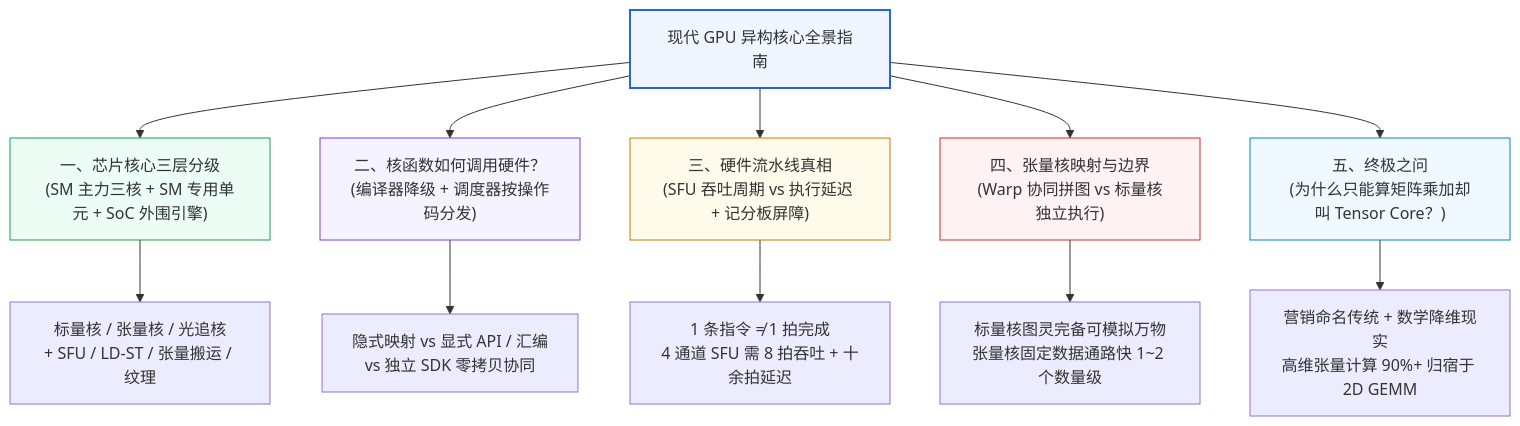
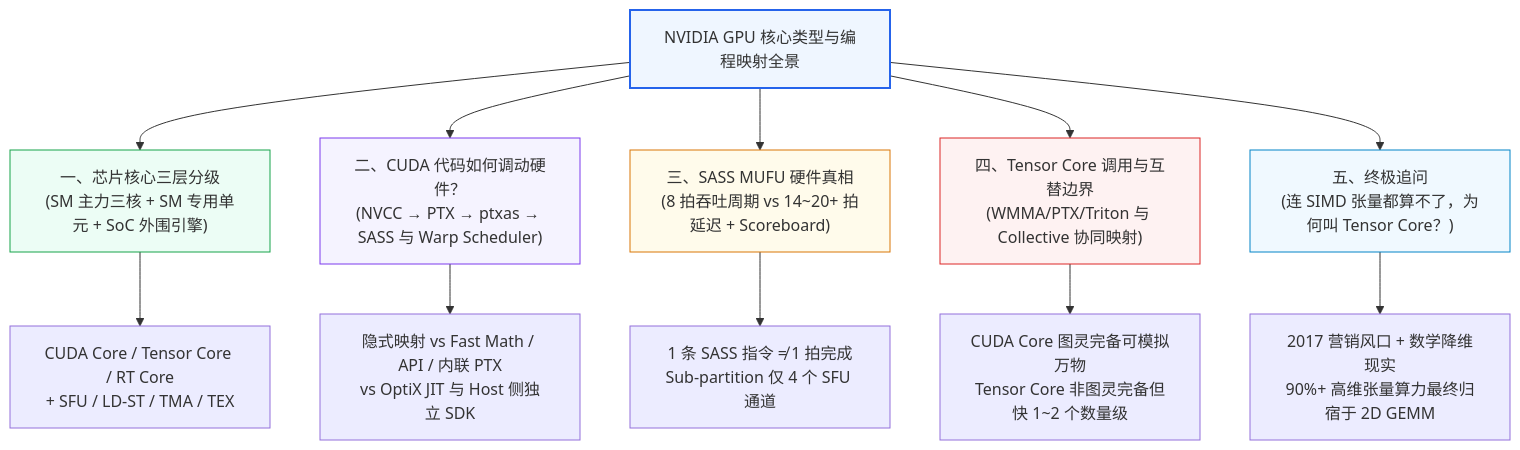
One commit to hqu-little-boy/blog changed the first of 7 diagrams in src/content/posts/gpu-heterogeneous-cores-programming-and-tensor-core-architecture-guide.md. Above: the diagram before and after it, drawn with Mermaid. The commit also changed other lines of this file, not shown here.

Commit message:
docs: 恢复 NVIDIA GPU 真实架构、CUDA/PTX/SASS 与官方 API/SDK 完整细节

````diff
--- a/src/content/posts/gpu-heterogeneous-cores-programming-and-tensor-core-architecture-guide.md
+++ b/src/content/posts/gpu-heterogeneous-cores-programming-and-tensor-core-architecture-guide.md
@@ -56,21 +55,21 @@
 ```mermaid
 flowchart TD
-    Root["现代 GPU 异构核心全景指南"] --> L1["一、芯片核心三层分级<br/>(SM 主力三核 + SM 专用单元 + SoC 外围引擎)"]
-    Root --> L2["二、核函数如何调用硬件？<br/>(编译器降级 + 调度器按操作码分发)"]
-    Root --> L3["三、硬件流水线真相<br/>(SFU 吞吐周期 vs 执行延迟 + 记分板屏障)"]
-    Root --> L4["四、张量核映射与边界<br/>(Warp 协同拼图 vs 标量核独立执行)"]
-    Root --> L5["五、终极之问<br/>(为什么只能算矩阵乘加却叫 Tensor Core？)"]
+    Root["NVIDIA GPU 核心类型与编程映射全景"] --> L1["一、芯片核心三层分级<br/>(SM 主力三核 + SM 专用单元 + SoC 外围引擎)"]
+    Root --> L2["二、CUDA 代码如何调动硬件？<br/>(NVCC → PTX → ptxas → SASS 与 Warp Scheduler)"]
+    Root --> L3["三、SASS MUFU 硬件真相<br/>(8 拍吞吐周期 vs 14~20+ 拍延迟 + Scoreboard)"]
+    Root --> L4["四、Tensor Core 调用与互替边界<br/>(WMMA/PTX/Triton 与 Collective 协同映射)"]
+    Root --> L5["五、终极追问<br/>(连 SIMD 张量都算不了，为何叫 Tensor Core？)"]
 
-    L1 --> L1A["标量核 / 张量核 / 光追核<br/>+ SFU / LD-ST / 张量搬运 / 纹理"]
-    L2 --> L2A["隐式映射 vs 显式 API / 汇编<br/>vs 独立 SDK 零拷贝协同"]
-    L3 --> L3A["1 条指令 ≠ 1 拍完成<br/>4 通道 SFU 需 8 拍吞吐 + 十余拍延迟"]
-    L4 --> L4A["标量核图灵完备可模拟万物<br/>张量核固定数据通路快 1~2 个数量级"]
-    L5 --> L5A["营销命名传统 + 数学降维现实<br/>高维张量计算 90%+ 归宿于 2D GEMM"]
+    L1 --> L1A["CUDA Core / Tensor Core / RT Core<br/>+ SFU / LD-ST / TMA / TEX"]
+    L2 --> L2A["隐式映射 vs Fast Math / API / 内联 PTX<br/>vs OptiX JIT 与 Host 侧独立 SDK"]
+    L3 --> L3A["1 条 SASS 指令 ≠ 1 拍完成<br/>Sub-partition 仅 4 个 SFU 通道"]
+    L4 --> L4A["CUDA Core 图灵完备可模拟万物<br/>Tensor Core 非图灵完备但快 1~2 个数量级"]
+    L5 --> L5A["2017 营销风口 + 数学降维现实<br/>90%+ 高维张量算力最终归宿于 2D GEMM"]
 
     style Root fill:#eff6ff,stroke:#2563eb,stroke-width:2px
     style L1 fill:#ecfdf5,stroke:#16a34a
     style L2 fill:#f5f3ff,stroke:#7c3aed
     style L3 fill:#fffbeb,stroke:#d97706
     style L4 fill:#fef2f2,stroke:#dc2626
     style L5 fill:#f0f9ff,stroke:#0284c7
 ```
````
